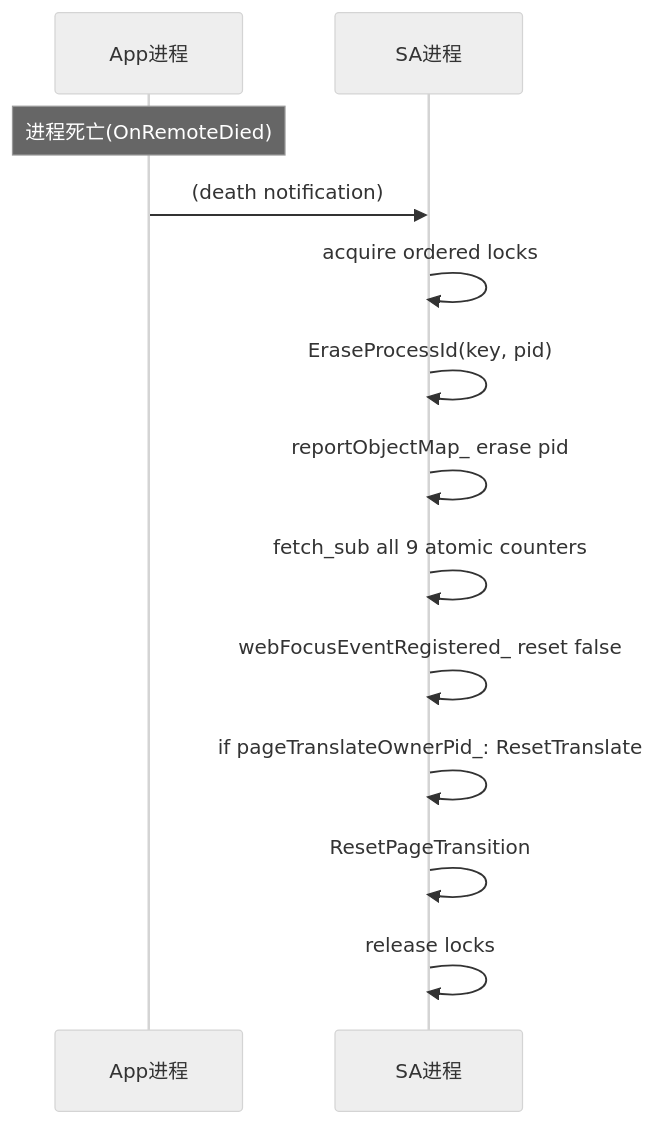
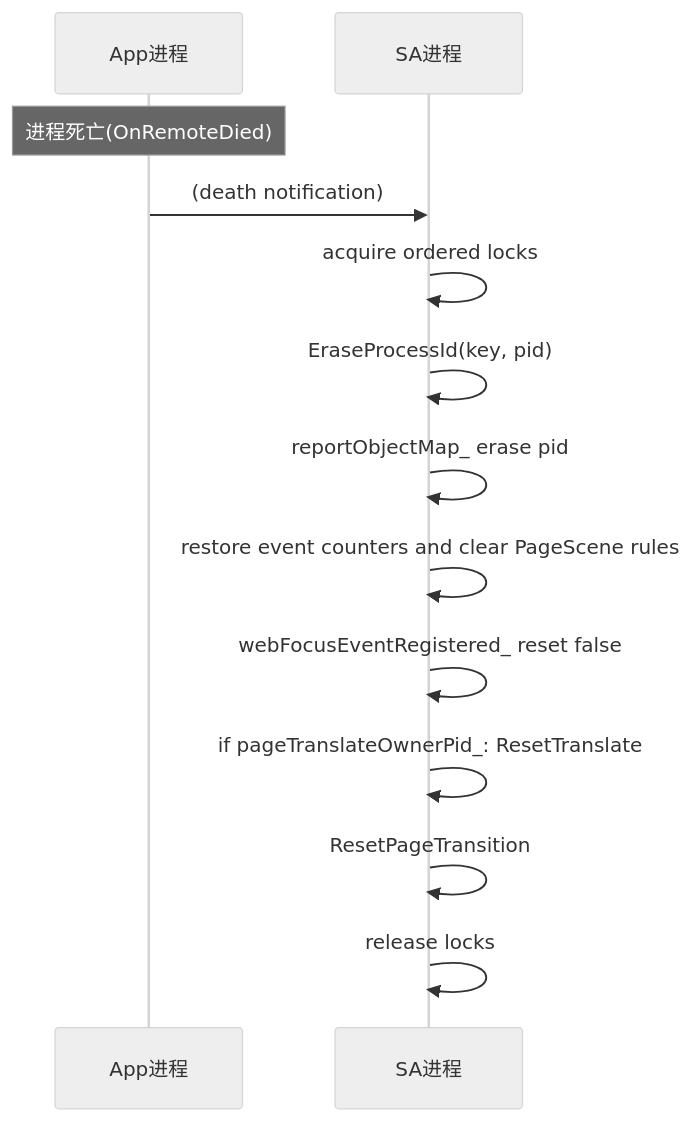
The seventh of 13 diagrams in 03-engine-framework/09-uisession/01-uisession-service/design.md (cleeshark/arkui_specs), drawn with Mermaid (neutral theme) before and after one commit. The commit also changed other lines of this file and 3 other files, not shown here.

First line of the commit message:
PageScene 搜索功能识别专项设计（RR-30095586）

````diff
--- a/03-engine-framework/09-uisession/01-uisession-service/design.md
+++ b/03-engine-framework/09-uisession/01-uisession-service/design.md
@@ -428,16 +491,16 @@
 ```mermaid
 sequenceDiagram
     participant App as App进程
     participant SA as SA进程
 
     Note over App: 进程死亡(OnRemoteDied)
     App->>SA: (death notification)
     SA->>SA: acquire ordered locks
     SA->>SA: EraseProcessId(key, pid)
     SA->>SA: reportObjectMap_ erase pid
-    SA->>SA: fetch_sub all 9 atomic counters
+    SA->>SA: restore event counters and clear PageScene rules
     SA->>SA: webFocusEventRegistered_ reset false
     SA->>SA: if pageTranslateOwnerPid_: ResetTranslate
     SA->>SA: ResetPageTransition
     SA->>SA: release locks
 ```
````
